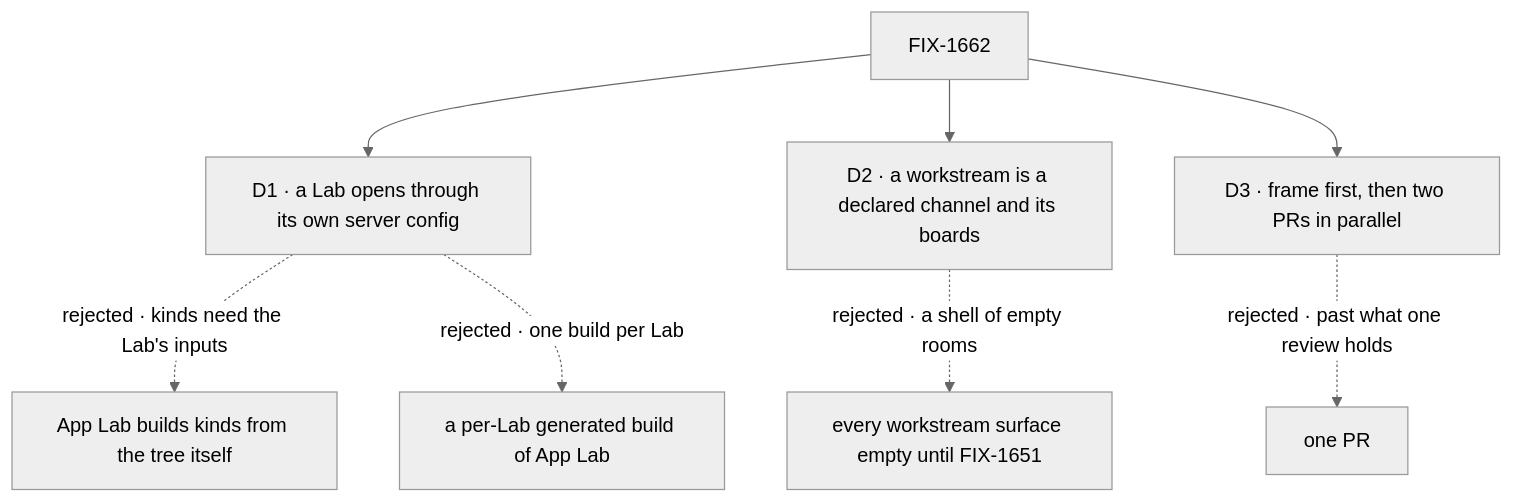
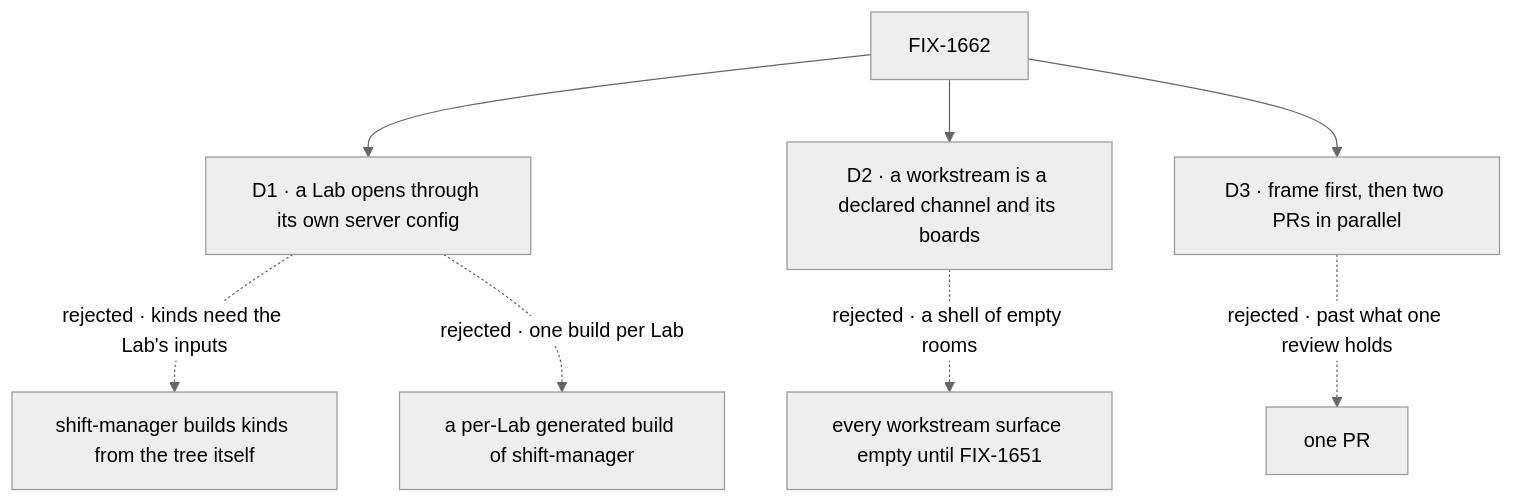
Before and after one commit to fixpoint-labs/flow-state-dev: the diagram in specs/issues/FIX-1662/DECISIONS.md, drawn with Mermaid (neutral theme). The commit also changed other lines of this file and 383 other files, not shown here.

First line of the commit message:
refactor: rename app-lab to shift-manager (FIX-1706)

````diff
--- a/specs/issues/FIX-1662/DECISIONS.md
+++ b/specs/issues/FIX-1662/DECISIONS.md
@@ -10,10 +10,10 @@
 ```mermaid
 flowchart TD
   I["FIX-1662"] --> D1["D1 · a Lab opens through its own server config"]
-  D1 -.->|"rejected · kinds need the Lab's inputs"| X1["App Lab builds kinds from the tree itself"]
-  D1 -.->|"rejected · one build per Lab"| X1b["a per-Lab generated build of App Lab"]
+  D1 -.->|"rejected · kinds need the Lab's inputs"| X1["shift-manager builds kinds from the tree itself"]
+  D1 -.->|"rejected · one build per Lab"| X1b["a per-Lab generated build of shift-manager"]
   I --> D2["D2 · a workstream is a declared channel and its boards"]
   D2 -.->|"rejected · a shell of empty rooms"| X2["every workstream surface empty until FIX-1651"]
   I --> D3["D3 · frame first, then two PRs in parallel"]
   D3 -.->|"rejected · past what one review holds"| X3["one PR"]
 ```
````
